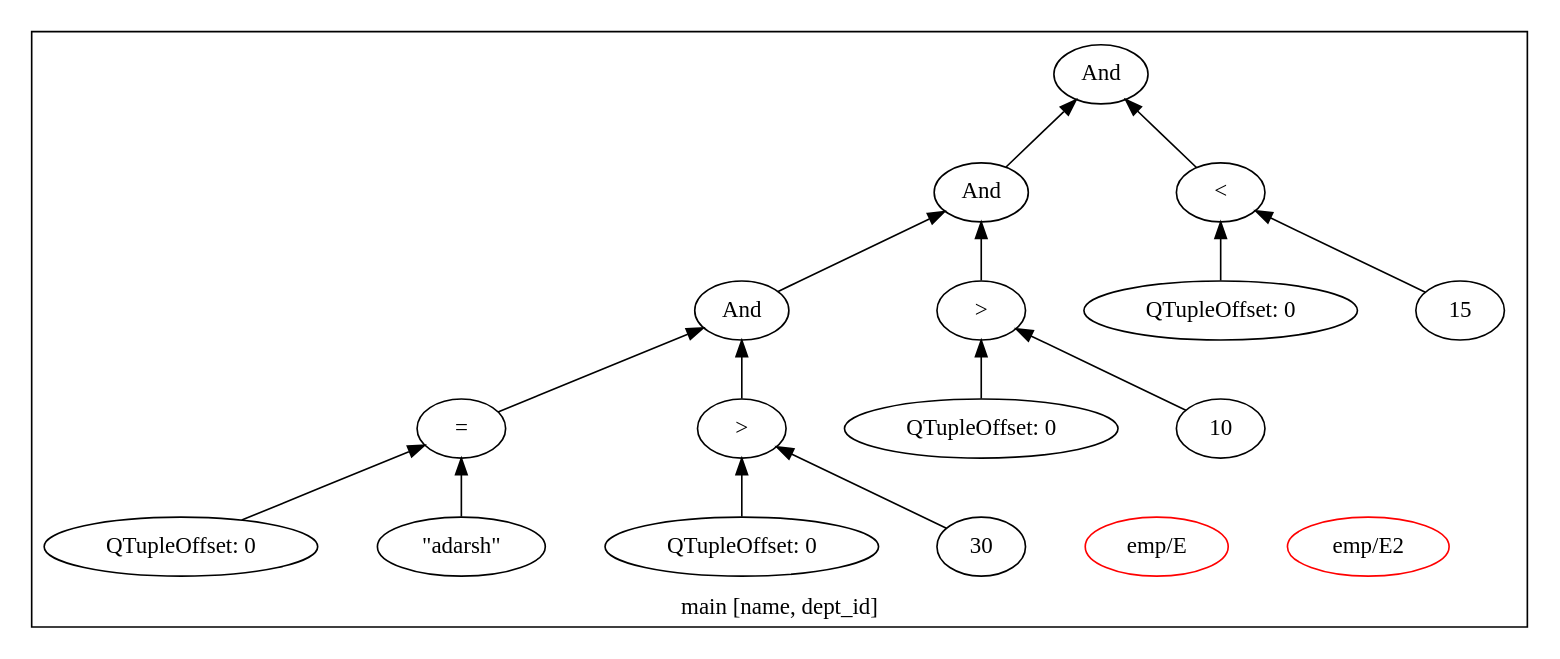
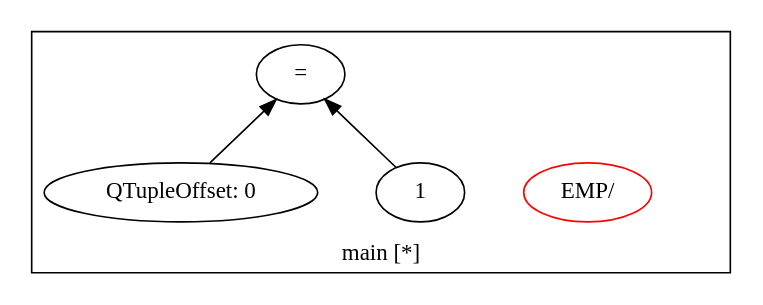
Before and after one commit to adarshpannu/kona: the diagram in qgm.dot, drawn with Graphviz. The commit also changed 6 other files, not shown here.

```diff
--- a/qgm.dot
+++ b/qgm.dot
@@ -1,40 +1,15 @@
 digraph example1 {
     rankdir=BT;
     nodesep=0.5;
     ordering="in";
   subgraph cluster_main {
-    label = "main [name, dept_id]";
+    label = "main [*]";
     "main_pt"[shape=point, color=white];
-    "QUN_1"[label="emp/E2 ", color=red]
-    "QUN_0"[label="emp/E ", color=red]
-    exprnodeNodeId17v1[label="And"];
-    exprnodeNodeId13v1 -> exprnodeNodeId17v1;
-    exprnodeNodeId13v1[label="And"];
-    exprnodeNodeId9v1 -> exprnodeNodeId13v1;
-    exprnodeNodeId9v1[label="And"];
-    exprnodeNodeId5v1 -> exprnodeNodeId9v1;
-    exprnodeNodeId5v1[label="="];
-    exprnodeNodeId3v1 -> exprnodeNodeId5v1;
-    exprnodeNodeId3v1[label="QTupleOffset: 0"];
-    exprnodeNodeId4v1 -> exprnodeNodeId5v1;
-    exprnodeNodeId4v1[label="\"adarsh\""];
-    exprnodeNodeId8v1 -> exprnodeNodeId9v1;
-    exprnodeNodeId8v1[label=">"];
-    exprnodeNodeId6v1 -> exprnodeNodeId8v1;
-    exprnodeNodeId6v1[label="QTupleOffset: 0"];
-    exprnodeNodeId7v1 -> exprnodeNodeId8v1;
-    exprnodeNodeId7v1[label="30"];
-    exprnodeNodeId12v1 -> exprnodeNodeId13v1;
-    exprnodeNodeId12v1[label=">"];
-    exprnodeNodeId10v1 -> exprnodeNodeId12v1;
-    exprnodeNodeId10v1[label="QTupleOffset: 0"];
-    exprnodeNodeId11v1 -> exprnodeNodeId12v1;
-    exprnodeNodeId11v1[label="10"];
-    exprnodeNodeId16v1 -> exprnodeNodeId17v1;
-    exprnodeNodeId16v1[label="<"];
-    exprnodeNodeId14v1 -> exprnodeNodeId16v1;
-    exprnodeNodeId14v1[label="QTupleOffset: 0"];
-    exprnodeNodeId15v1 -> exprnodeNodeId16v1;
-    exprnodeNodeId15v1[label="15"];
+    "QUN_0"[label="EMP/ ", color=red]
+    exprnodeNodeId4v1[label="="];
+    exprnodeNodeId2v1 -> exprnodeNodeId4v1;
+    exprnodeNodeId2v1[label="QTupleOffset: 0"];
+    exprnodeNodeId3v1 -> exprnodeNodeId4v1;
+    exprnodeNodeId3v1[label="1"];
 }
 }
```
